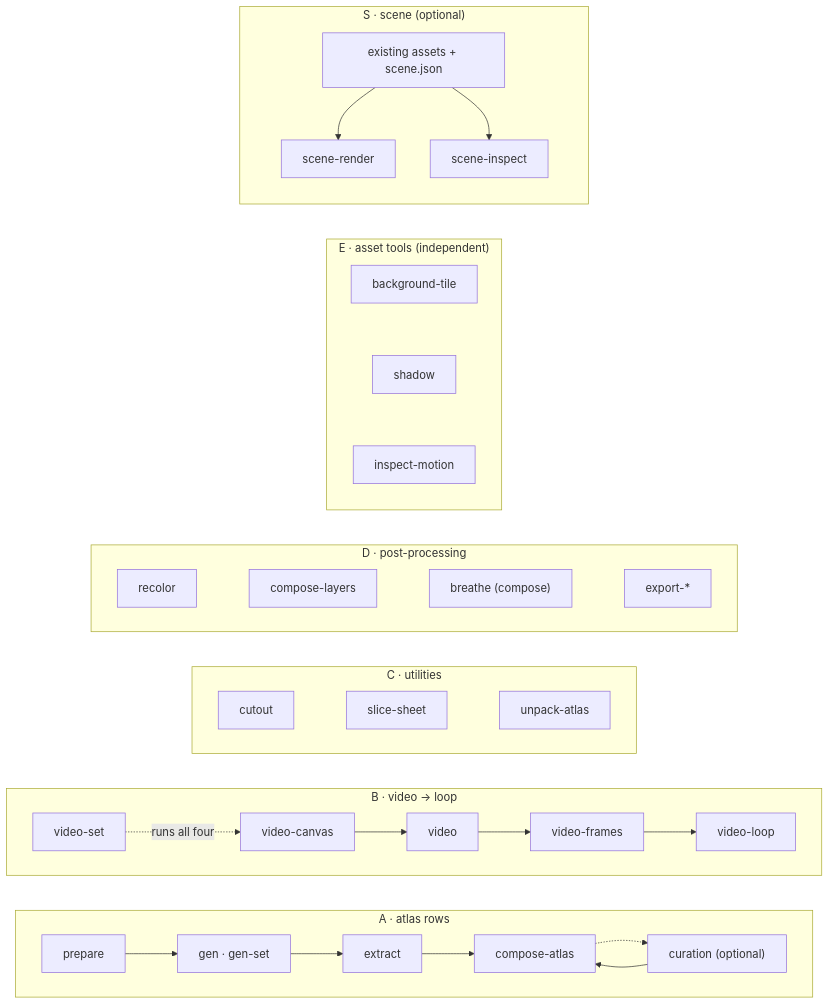
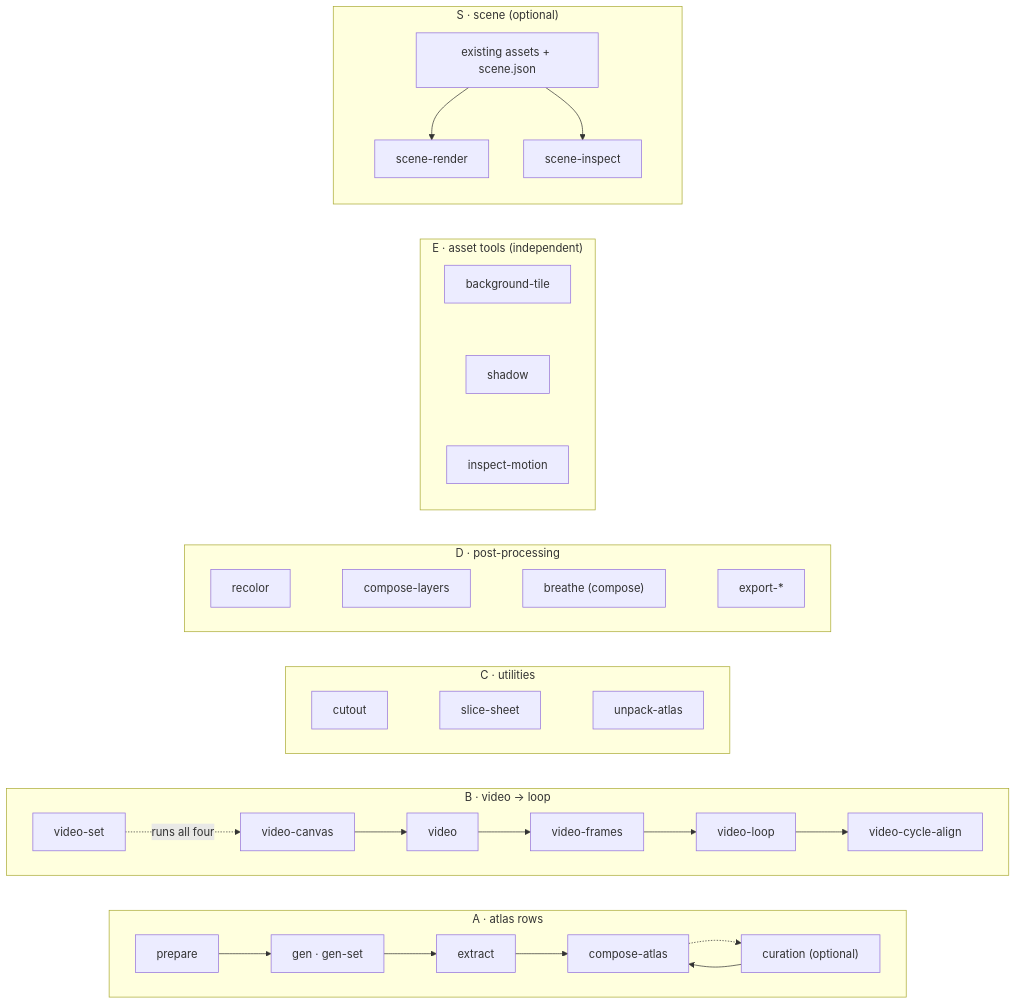
One commit to aldegad/sprite-gen changed the diagram in docs/README.md. Above: the diagram before and after it, drawn with Mermaid. The commit also changed other lines of this file and 8 other files, not shown here.

First line of the commit message:
feat(video): one cycle length for a direction set, RIFE only between source frames, starting on a foot strike

````diff
--- a/docs/README.md
+++ b/docs/README.md
@@ -7,29 +7,30 @@
 ```mermaid
 flowchart LR
     subgraph A["A · atlas rows"]
         direction LR
         a1[prepare] --> a2["gen · gen-set"] --> a3[extract] --> a5[compose-atlas]
         a5 -.-> a4["curation (optional)"]
         a4 --> a5
     end
     subgraph B["B · video → loop"]
         direction LR
         b1[video-canvas] --> b2[video] --> b3[video-frames] --> b4[video-loop]
         b5[video-set] -.runs all four.-> b1
+        b4 --> b6[video-cycle-align]
     end
     subgraph C["C · utilities"]
         direction LR
         c1[cutout] ~~~ c2[slice-sheet] ~~~ c3[unpack-atlas]
     end
     subgraph D["D · post-processing"]
         direction LR
         d1[recolor] ~~~ d2[compose-layers] ~~~ d3["breathe (compose)"] ~~~ d4[export-*]
     end
     subgraph E["E · asset tools (independent)"]
         e1[background-tile] ~~~ e2[shadow] ~~~ e3[inspect-motion]
     end
     subgraph S["S · scene (optional)"]
         s1["existing assets + scene.json"] --> s2[scene-render]
         s1 --> s3[scene-inspect]
     end
 ```
````
